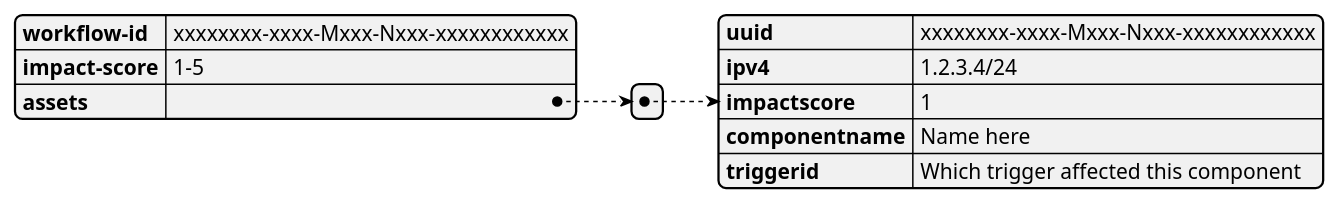
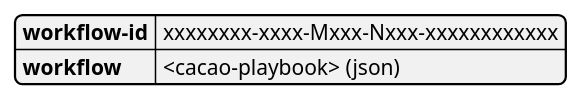
Before and after one commit to COSSAS/SOARCA: the seventh of 18 diagrams in doc/soarca-api.adoc, drawn with PlantUML. The commit also changed other lines of this file, not shown here.

```diff
--- a/doc/soarca-api.adoc
+++ b/doc/soarca-api.adoc
@@ -287,17 +226,10 @@
 [plantuml, target=soar-ca-trigger-worklow, format=png]
 ....
 @startjson
 {
     "workflow-id": "xxxxxxxx-xxxx-Mxxx-Nxxx-xxxxxxxxxxxx",
-    "impact-score": "1-5",
-    "assets":[{
-        "uuid": "xxxxxxxx-xxxx-Mxxx-Nxxx-xxxxxxxxxxxx",
-        "ipv4": "1.2.3.4/24",
-        "impactscore": 1,
-        "componentname": "Name here",
-        "triggerid": "Which trigger affected this component"
-    }]
+    "workflow": "<cacao-playbook> (json)"
     
 }
 @endjson
 ....
```
